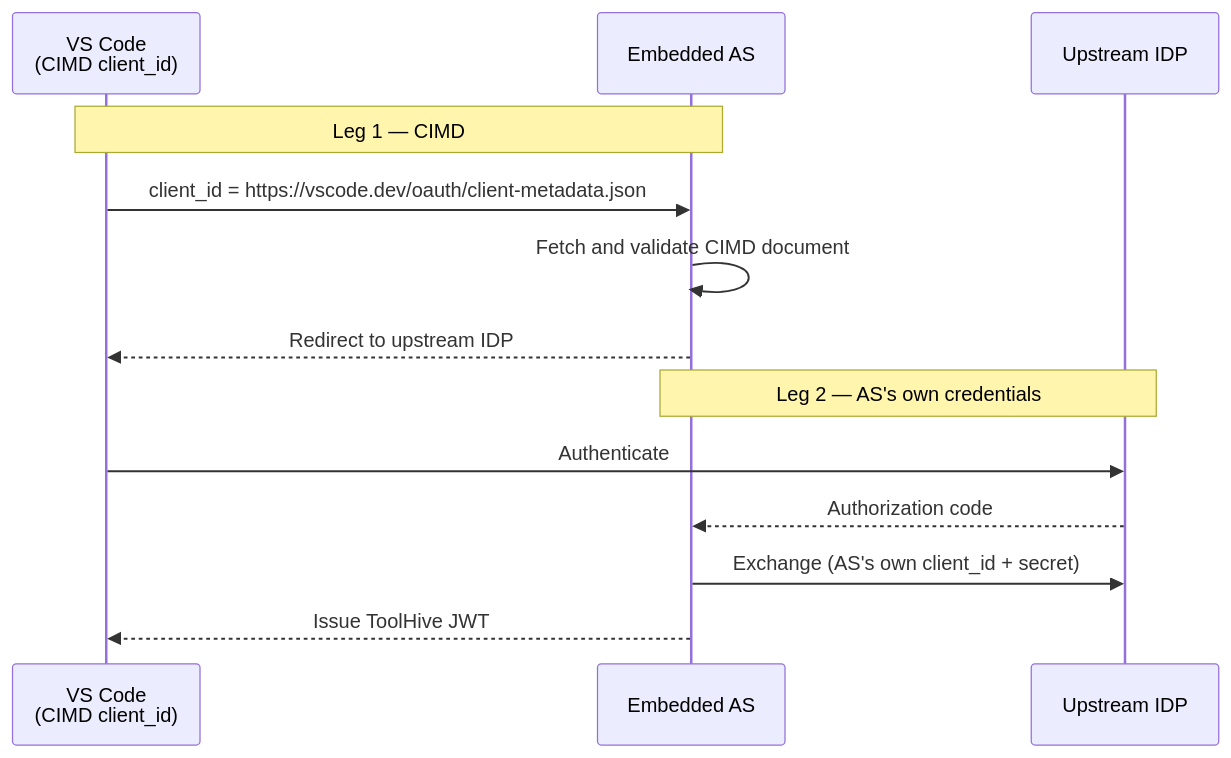
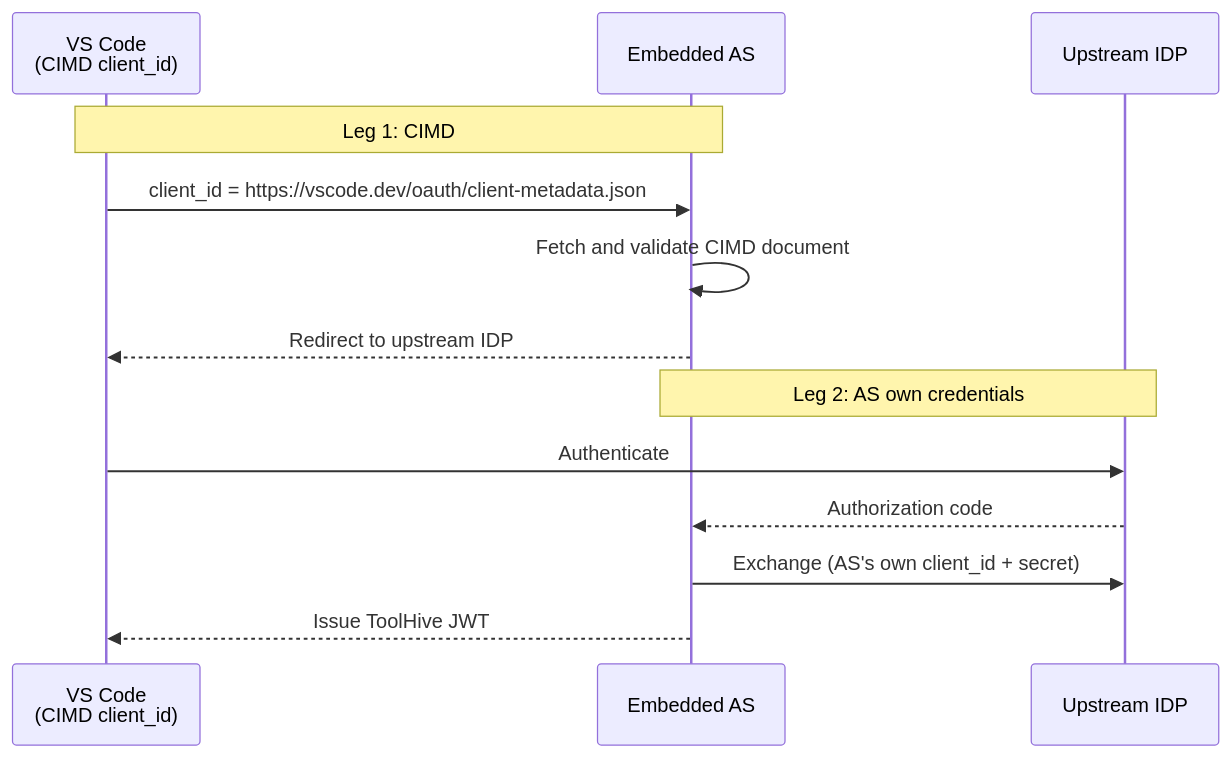
The third of 3 diagrams in docs/toolhive/concepts/embedded-auth-server.mdx (stacklok/docs-website), drawn with Mermaid before and after one commit. The commit also changed other lines of this file and 6 other files, not shown here.

````diff
--- a/docs/toolhive/concepts/embedded-auth-server.mdx
+++ b/docs/toolhive/concepts/embedded-auth-server.mdx
@@ -214,17 +213,17 @@
 ```mermaid
 sequenceDiagram
     participant Client as VS Code<br/>(CIMD client_id)
     participant EmbeddedAS as Embedded AS
     participant IDP as Upstream IDP
 
-    Note over Client,EmbeddedAS: Leg 1 — CIMD
+    Note over Client,EmbeddedAS: Leg 1: CIMD
     Client->>EmbeddedAS: client_id = https://vscode.dev/oauth/client-metadata.json
     EmbeddedAS->>EmbeddedAS: Fetch and validate CIMD document
     EmbeddedAS-->>Client: Redirect to upstream IDP
 
-    Note over EmbeddedAS,IDP: Leg 2 — AS's own credentials
+    Note over EmbeddedAS,IDP: Leg 2: AS own credentials
     Client->>IDP: Authenticate
     IDP-->>EmbeddedAS: Authorization code
     EmbeddedAS->>IDP: Exchange (AS's own client_id + secret)
     EmbeddedAS-->>Client: Issue ToolHive JWT
 ```
````
